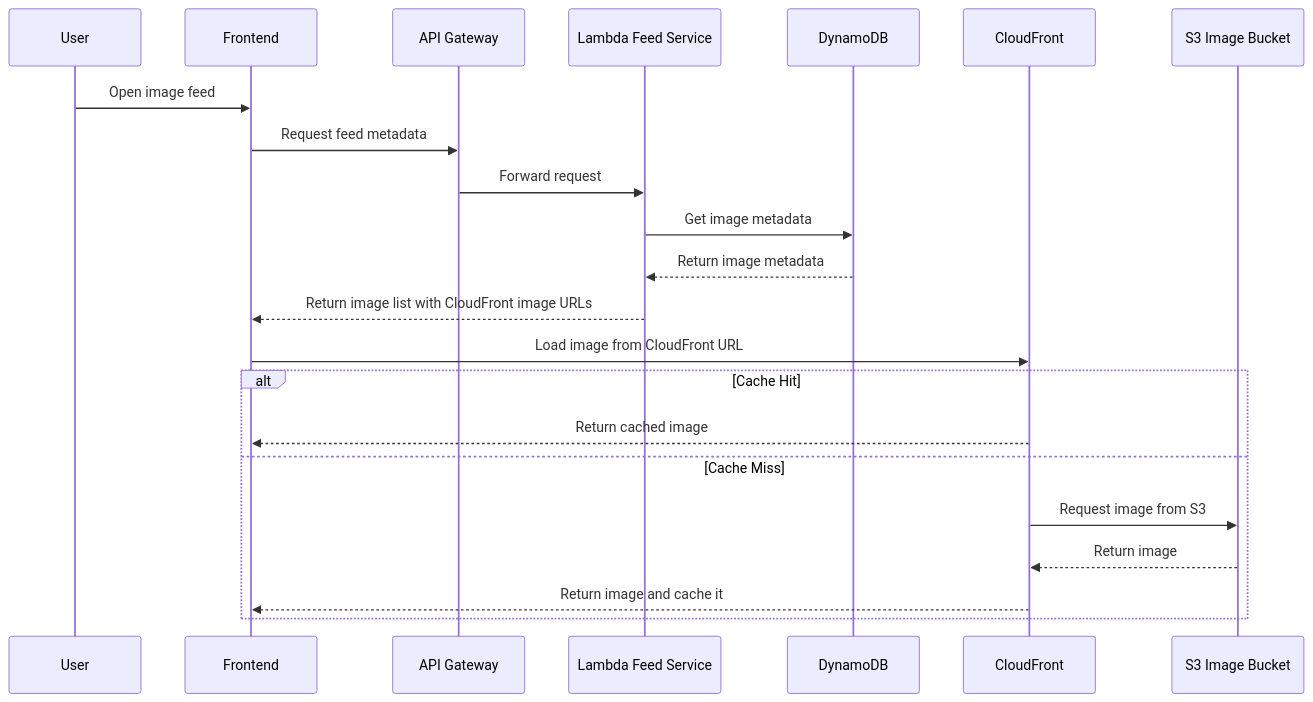
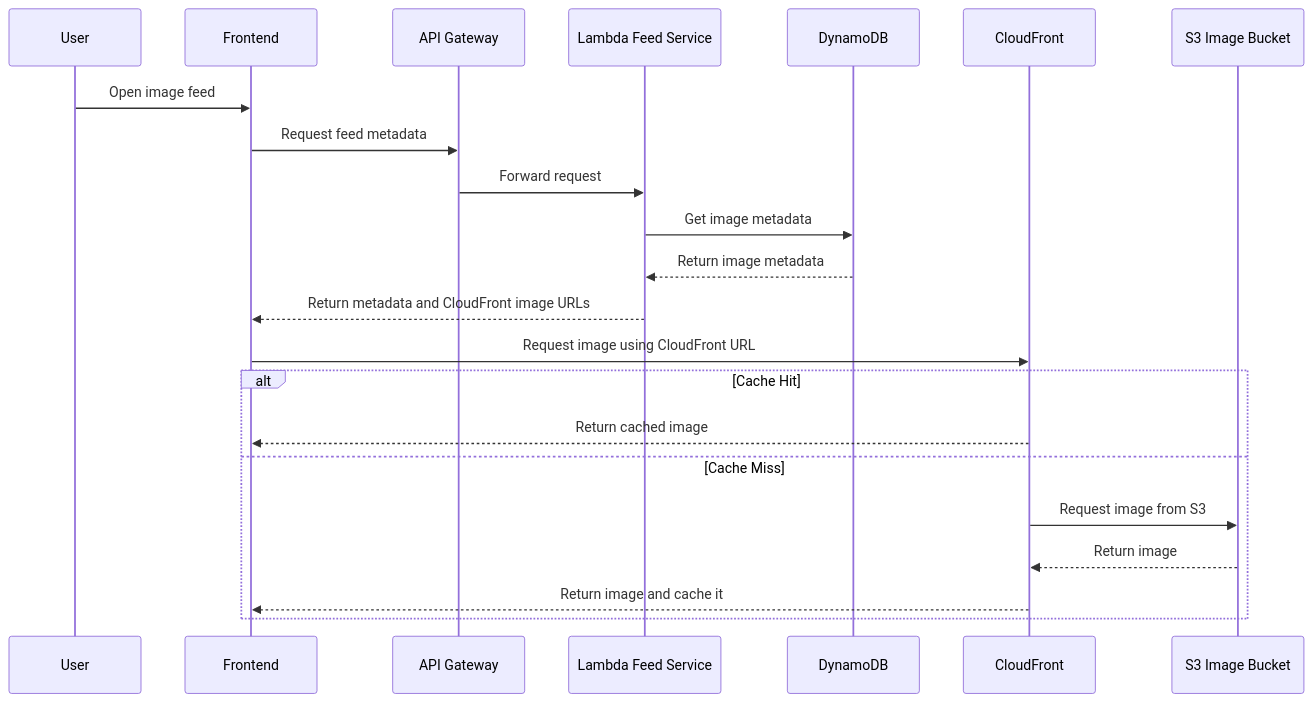
The second of 2 diagrams in README.md (EmmanDizon/architect-image-sharing-platform), drawn with Mermaid before and after one commit. The commit also changed other lines of this file, not shown here.

First line of the commit message:
Revise upload and browse flow summaries in README

````diff
--- a/README.md
+++ b/README.md
@@ -281,27 +285,27 @@
 ```mermaid
 sequenceDiagram
     participant User
     participant Frontend
     participant API as API Gateway
     participant FeedService as Lambda Feed Service
     participant DB as DynamoDB
     participant CDN as CloudFront
     participant S3 as S3 Image Bucket
 
     User->>Frontend: Open image feed
     Frontend->>API: Request feed metadata
     API->>FeedService: Forward request
     FeedService->>DB: Get image metadata
     DB-->>FeedService: Return image metadata
-    FeedService-->>Frontend: Return image list with CloudFront image URLs
+    FeedService-->>Frontend: Return metadata and CloudFront image URLs
 
-    Frontend->>CDN: Load image from CloudFront URL
+    Frontend->>CDN: Request image using CloudFront URL
 
     alt Cache Hit
         CDN-->>Frontend: Return cached image
     else Cache Miss
         CDN->>S3: Request image from S3
         S3-->>CDN: Return image
         CDN-->>Frontend: Return image and cache it
     end
 ```
````
